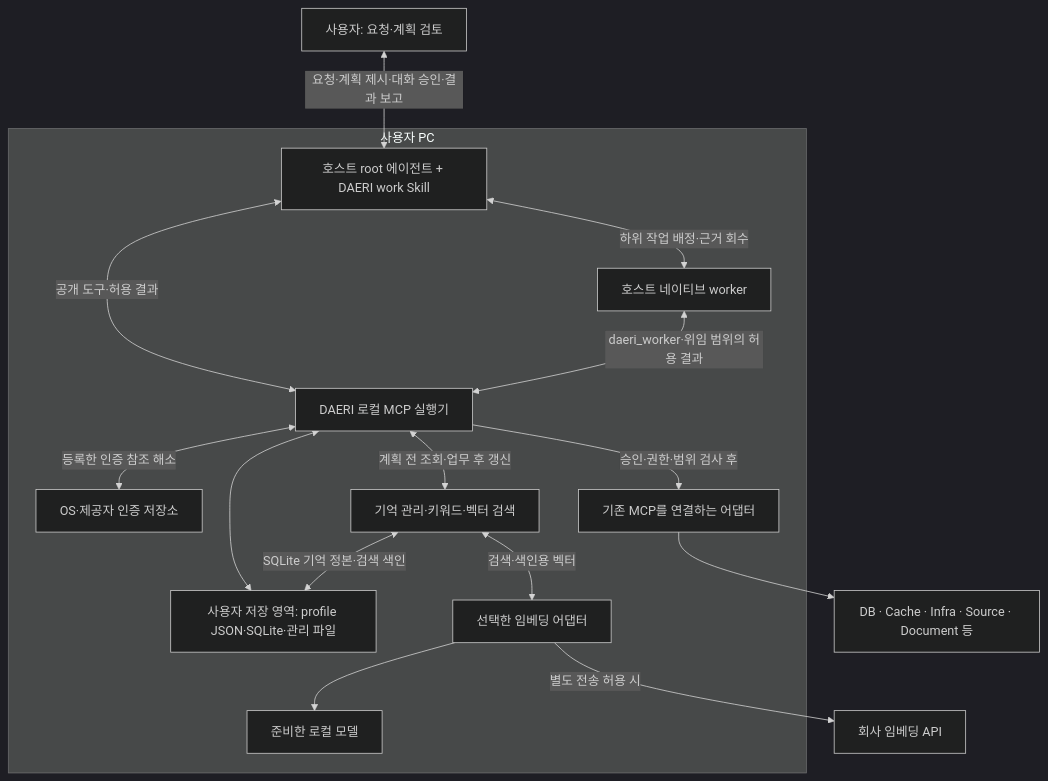
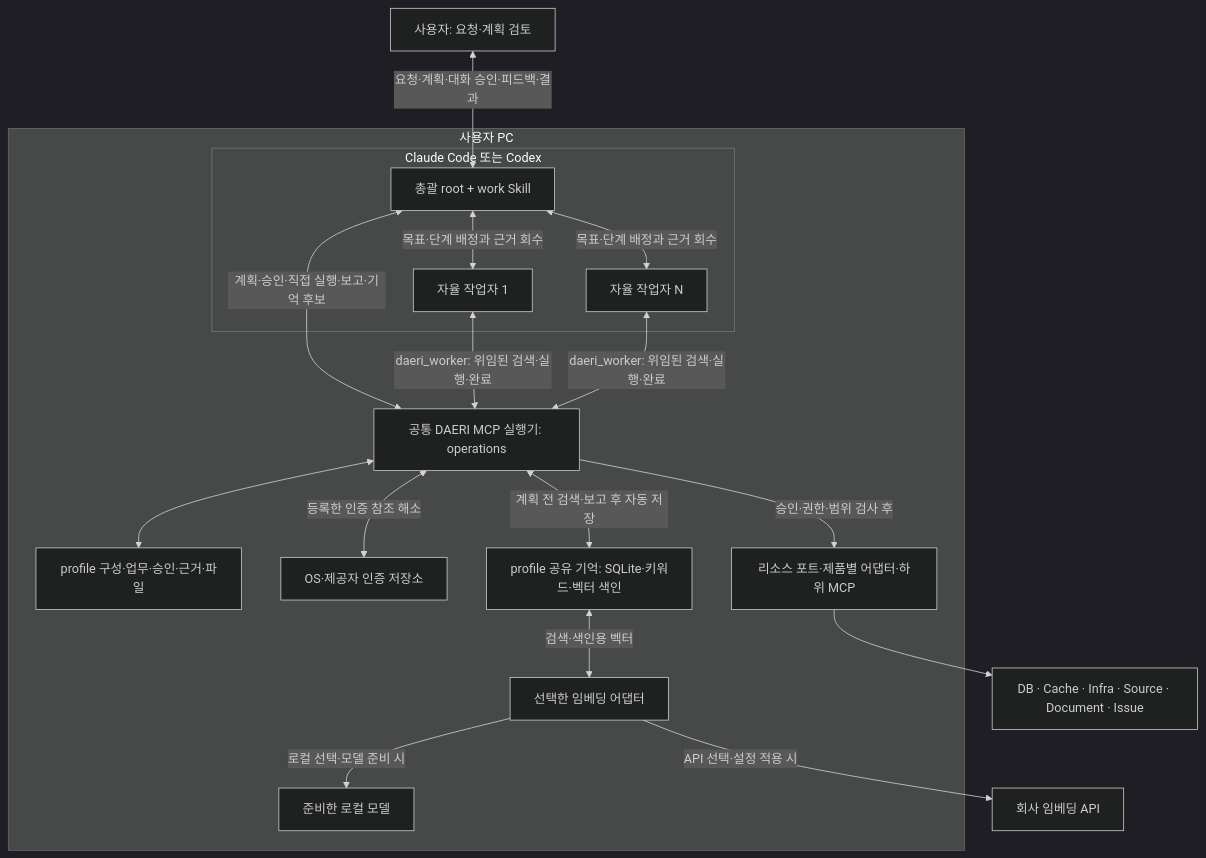
One commit to VVoodyHong/DAERI changed the diagram in docs/architecture/overview.md. Above: the diagram before and after it, drawn with Mermaid (dark theme). The commit also changed other lines of this file and 66 other files, not shown here.

````diff
--- a/docs/architecture/overview.md
+++ b/docs/architecture/overview.md
@@ -15,28 +30,32 @@
 ```mermaid
 flowchart TB
     U[사용자: 요청·계획 검토]
     subgraph PC[사용자 PC]
-        H[호스트 root 에이전트 + DAERI work Skill]
-        W[호스트 네이티브 worker]
-        D[DAERI 로컬 MCP 실행기]
-        S[사용자 저장 영역: profile JSON·SQLite·관리 파일]
+        subgraph Host[Claude Code 또는 Codex]
+            H[총괄 root + work Skill]
+            W1[자율 작업자 1]
+            W2[자율 작업자 N]
+            H <-->|목표·단계 배정과 근거 회수| W1
+            H <-->|목표·단계 배정과 근거 회수| W2
+        end
+        D[공통 DAERI MCP 실행기: operations]
+        S[profile 구성·업무·승인·근거·파일]
         C[OS·제공자 인증 저장소]
-        M[기억 관리·키워드·벡터 검색]
+        M[profile 공유 기억: SQLite·키워드·벡터 색인]
         E[선택한 임베딩 어댑터]
         L[준비한 로컬 모델]
-        A[기존 MCP를 연결하는 어댑터]
-        H <-->|공개 도구·허용 결과| D
-        H <-->|하위 작업 배정·근거 회수| W
-        W <-->|daeri_worker·위임 범위의 허용 결과| D
+        A[리소스 포트·제품별 어댑터·하위 MCP]
+        H <-->|계획·승인·직접 실행·보고·기억 후보| D
+        W1 <-->|daeri_worker: 위임된 검색·실행·완료| D
+        W2 <-->|daeri_worker: 위임된 검색·실행·완료| D
         D <--> S
         D <-->|등록한 인증 참조 해소| C
-        D <-->|계획 전 조회·업무 후 갱신| M
-        M <-->|SQLite 기억 정본·검색 색인| S
+        D <-->|계획 전 검색·보고 후 자동 저장| M
         M <-->|검색·색인용 벡터| E
-        E --> L
+        E -->|로컬 선택·모델 준비 시| L
         D -->|승인·권한·범위 검사 후| A
     end
-    U <-->|요청·계획 제시·대화 승인·결과 보고| H
-    A --> R[DB · Cache · Infra · Source · Document 등]
-    E -->|별도 전송 허용 시| API[회사 임베딩 API]
+    U <-->|요청·계획·대화 승인·피드백·결과| H
+    A --> R[DB · Cache · Infra · Source · Document · Issue]
+    E -->|API 선택·설정 적용 시| API[회사 임베딩 API]
 ```
````
